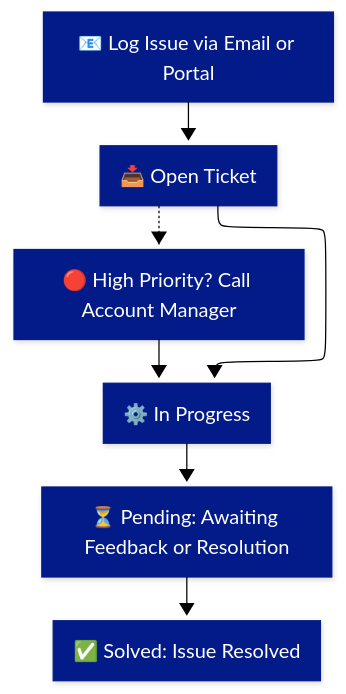
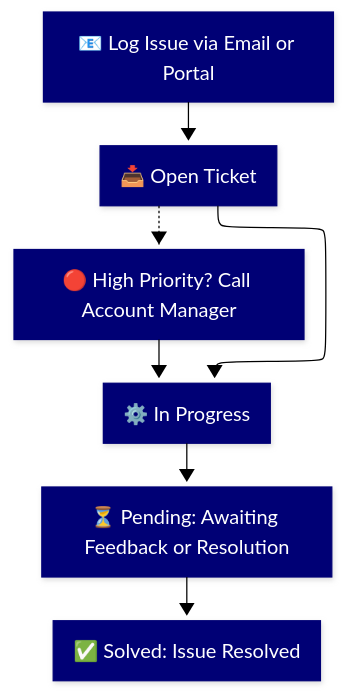
The diagram in docs/service-delivery/support.md (PlainsightPro/Vision-Playbook), drawn with Mermaid before and after one commit. The commit also changed 5 other files, not shown here.

First line of the commit message:
Fix Mermaid diagram colors to match brand guidelines

````diff
--- a/docs/service-delivery/support.md
+++ b/docs/service-delivery/support.md
@@ -23,19 +23,19 @@
 ```mermaid
 ---
 config:
   layout: elk
   theme: forest
   look: neo
 ---
 graph TD;
     A[📧 Log Issue via Email or Portal] --> B[📥 Open Ticket]
     B --> C[⚙️ In Progress]
     C --> D[⏳ Pending: Awaiting Feedback or Resolution]
     D --> E[✅ Solved: Issue Resolved]
     B -.-> F[🔴 High Priority? Call Account Manager]
     F --> C
     
-    classDef blueBox fill:#031B89,stroke:#031B89,stroke-width:1px,color:#FFFFFF;
+    classDef blueBox fill:#000075,stroke:#000075,stroke-width:1px,color:#FFFFFF;
     class A,B,C,D,E,F blueBox;
 
 ``` 
````
